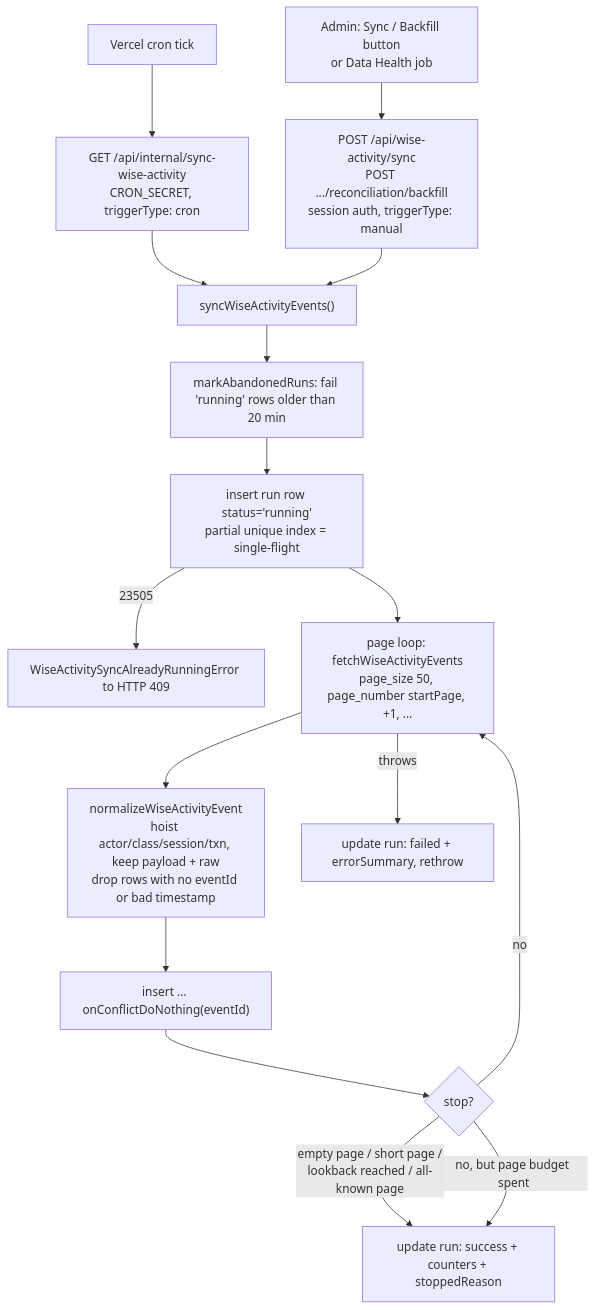
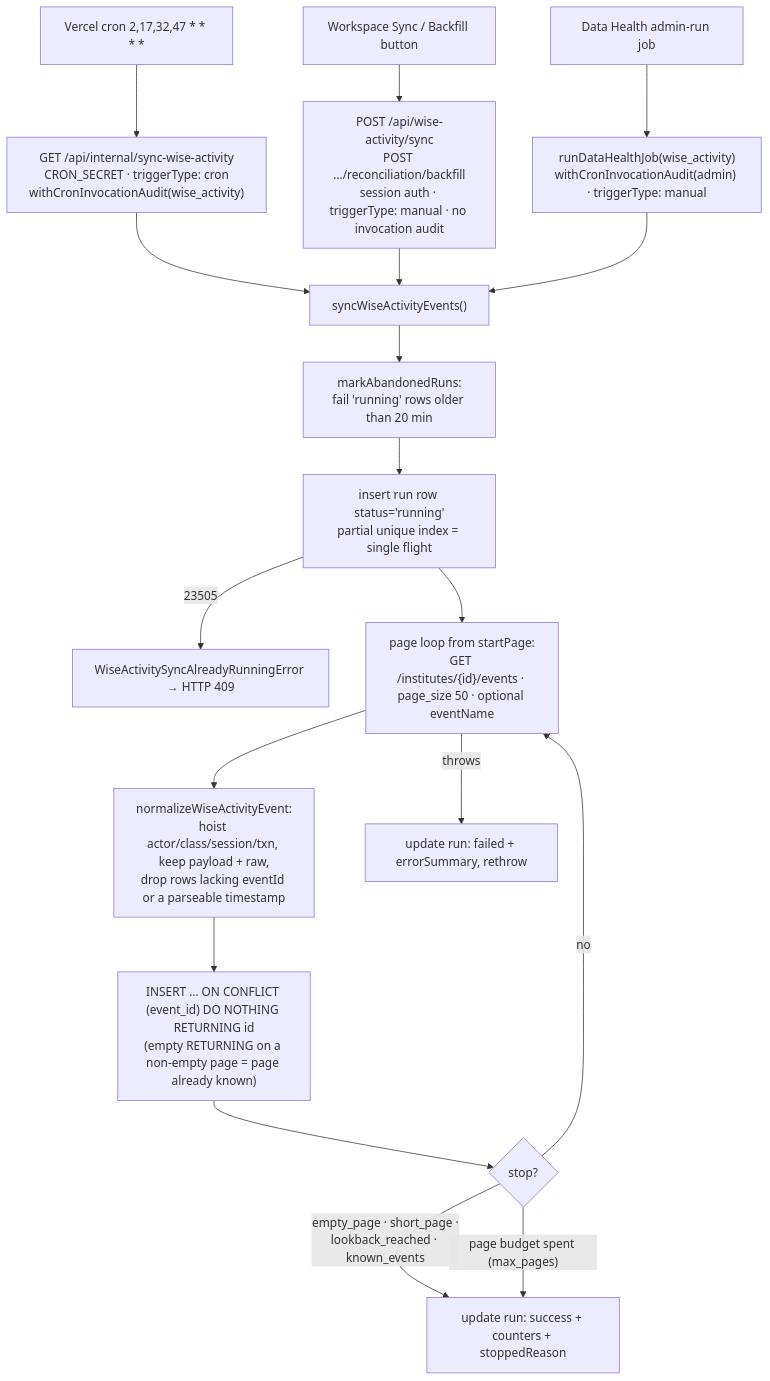
One commit to kasheesh711/bgscheduler changed the first of 2 diagrams in docs/features/wise-activity-audit.md. Above: the diagram before and after it, drawn with Mermaid. The commit also changed other lines of this file and 95 other files, not shown here.

````diff
--- a/docs/features/wise-activity-audit.md
+++ b/docs/features/wise-activity-audit.md
@@ -79,18 +73,20 @@
 ```mermaid
 flowchart TD
-  Cron["Vercel cron tick"] --> CronRoute["GET /api/internal/sync-wise-activity<br/>CRON_SECRET, triggerType: cron"]
-  Admin["Admin: Sync / Backfill button<br/>or Data Health job"] --> ManualRoute["POST /api/wise-activity/sync<br/>POST .../reconciliation/backfill<br/>session auth, triggerType: manual"]
+  Cron["Vercel cron 2,17,32,47 * * * *"] --> CronRoute["GET /api/internal/sync-wise-activity<br/>CRON_SECRET · triggerType: cron<br/>withCronInvocationAudit(wise_activity)"]
+  Admin["Workspace Sync / Backfill button"] --> ManualRoute["POST /api/wise-activity/sync<br/>POST …/reconciliation/backfill<br/>session auth · triggerType: manual · no invocation audit"]
+  DH["Data Health admin-run job"] --> DHRoute["runDataHealthJob(wise_activity)<br/>withCronInvocationAudit(admin) · triggerType: manual"]
   CronRoute --> Sync["syncWiseActivityEvents()"]
   ManualRoute --> Sync
-  Sync --> Reap["markAbandonedRuns: fail 'running' rows older than 20 min"]
-  Reap --> Claim["insert run row status='running'<br/>partial unique index = single-flight"]
-  Claim -->|23505| Conflict["WiseActivitySyncAlreadyRunningError to HTTP 409"]
-  Claim --> Loop["page loop: fetchWiseActivityEvents<br/>page_size 50, page_number startPage, +1, ..."]
-  Loop --> Norm["normalizeWiseActivityEvent<br/>hoist actor/class/session/txn, keep payload + raw<br/>drop rows with no eventId or bad timestamp"]
-  Norm --> Insert["insert ... onConflictDoNothing(eventId)"]
+  DHRoute --> Sync
+  Sync --> Reap["markAbandonedRuns:<br/>fail 'running' rows older than 20 min"]
+  Reap --> Claim["insert run row status='running'<br/>partial unique index = single flight"]
+  Claim -->|"23505"| Conflict["WiseActivitySyncAlreadyRunningError → HTTP 409"]
+  Claim --> Loop["page loop from startPage:<br/>GET /institutes/{id}/events · page_size 50 · optional eventName"]
+  Loop --> Norm["normalizeWiseActivityEvent:<br/>hoist actor/class/session/txn, keep payload + raw,<br/>drop rows lacking eventId or a parseable timestamp"]
+  Norm --> Insert["INSERT … ON CONFLICT (event_id) DO NOTHING RETURNING id<br/>(empty RETURNING on a non-empty page = page already known)"]
   Insert --> Stop{"stop?"}
-  Stop -->|"empty page / short page /<br/>lookback reached / all-known page"| Finish["update run: success + counters + stoppedReason"]
-  Stop -->|"no, but page budget spent"| Finish
-  Stop -->|no| Loop
-  Loop -->|throws| Fail["update run: failed + errorSummary, rethrow"]
+  Stop -->|"empty_page · short_page ·<br/>lookback_reached · known_events"| Finish["update run: success + counters + stoppedReason"]
+  Stop -->|"page budget spent (max_pages)"| Finish
+  Stop -->|"no"| Loop
+  Loop -->|"throws"| Fail["update run: failed + errorSummary, rethrow"]
 ```
````
